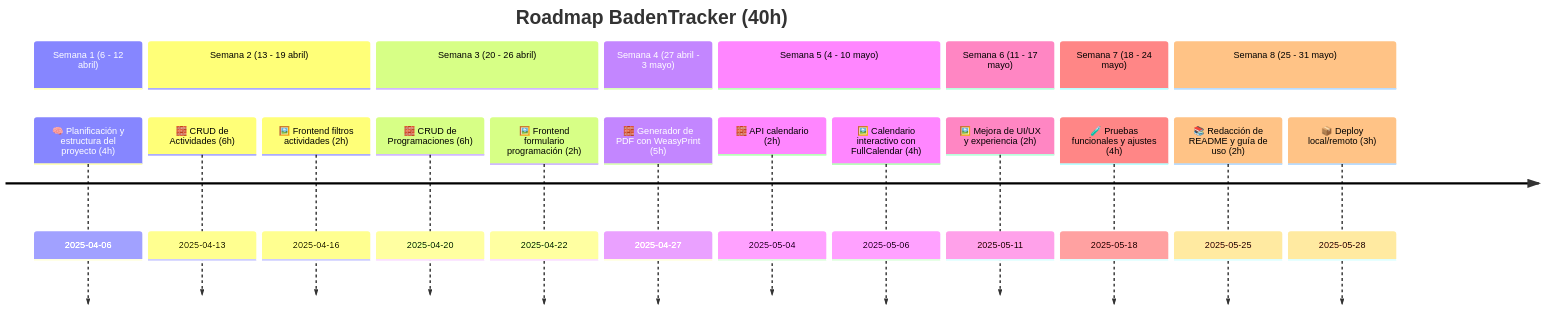
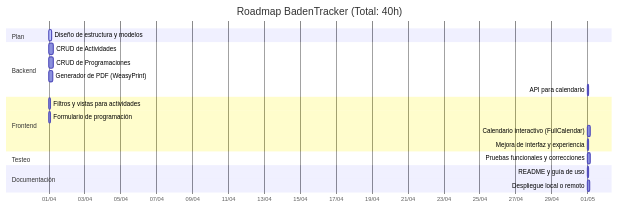
Before and after one commit to Covija97/BadenTracker: the diagram in .info/roadmap.md, drawn with Mermaid.

Commit message:
Refactor roadmap.md to update format from timeline to gantt and improve task organization

````diff
--- a/.info/roadmap.md
+++ b/.info/roadmap.md
@@ -3,33 +3,30 @@
 ```mermaid
-timeline
-    title Roadmap BadenTracker (40h)
-    
-    section Semana 1 (6 - 12 abril)
-    🧠 Planificación y estructura del proyecto (4h): 2025-04-06
+gantt
+    title Roadmap BadenTracker (Total: 40h)
+    dateFormat  dd-mm
+    axisFormat  %d/%m
 
-    section Semana 2 (13 - 19 abril)
-    🧱 CRUD de Actividades (6h): 2025-04-13
-    🖼️ Frontend filtros actividades (2h): 2025-04-16
+    section Plan
+    Diseño de estructura y modelos         :active, plan1, 2025-04, 4h
 
-    section Semana 3 (20 - 26 abril)
-    🧱 CRUD de Programaciones (6h): 2025-04-20
-    🖼️ Frontend formulario programación (2h): 2025-04-22
+    section Backend
+    CRUD de Actividades                    :back1, 2025-04, 6h
+    CRUD de Programaciones                 :back2, 2025-04, 6h
+    Generador de PDF (WeasyPrint)         :back3, 2025-04, 5h
+    API para calendario                    :back4, 2025-05, 2h
 
-    section Semana 4 (27 abril - 3 mayo)
-    🧱 Generador de PDF con WeasyPrint (5h): 2025-04-27
+    section Frontend
+    Filtros y vistas para actividades      :front1, 2025-04, 2h
+    Formulario de programación             :front2, 2025-04, 2h
+    Calendario interactivo (FullCalendar) :front3, 2025-05, 4h
+    Mejora de interfaz y experiencia       :front4, 2025-05, 2h
 
-    section Semana 5 (4 - 10 mayo)
-    🧱 API calendario (2h): 2025-05-04
-    🖼️ Calendario interactivo con FullCalendar (4h): 2025-05-06
+    section Testeo
+    Pruebas funcionales y correcciones     :test1, 2025-05, 4h
 
-    section Semana 6 (11 - 17 mayo)
-    🖼️ Mejora de UI/UX y experiencia (2h): 2025-05-11
+    section Documentación
+    README y guía de uso                   :doc1, 2025-05, 2h
+    Despliegue local o remoto              :doc2, 2025-05, 3h
 
-    section Semana 7 (18 - 24 mayo)
-    🧪 Pruebas funcionales y ajustes (4h): 2025-05-18
-
-    section Semana 8 (25 - 31 mayo)
-    📚 Redacción de README y guía de uso (2h): 2025-05-25
-    📦 Deploy local/remoto (3h): 2025-05-28
 
 ```
````
